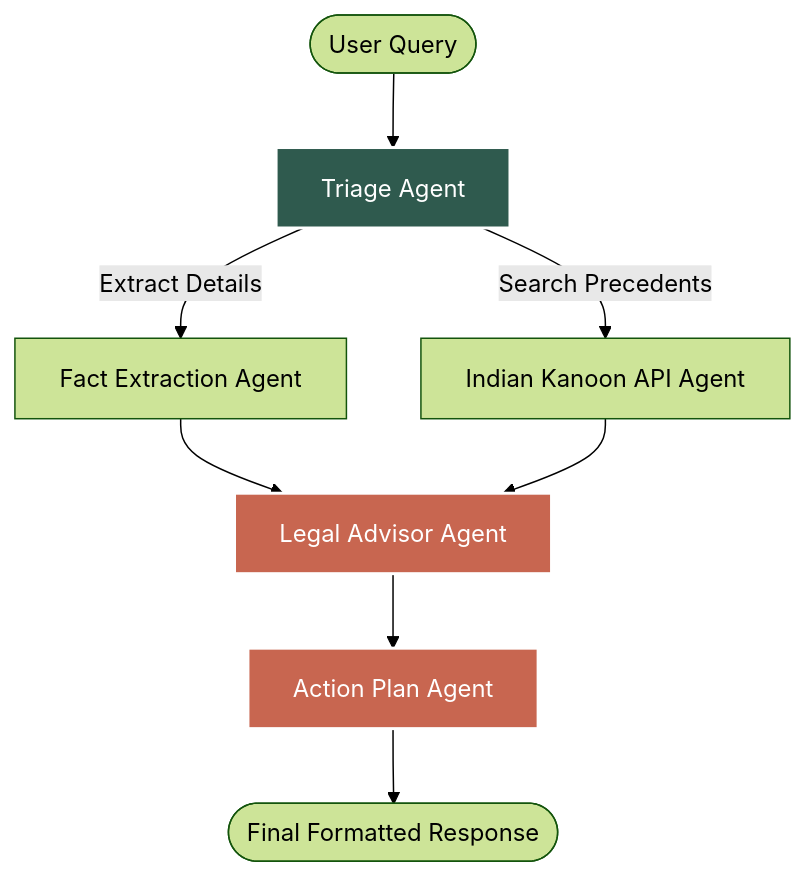
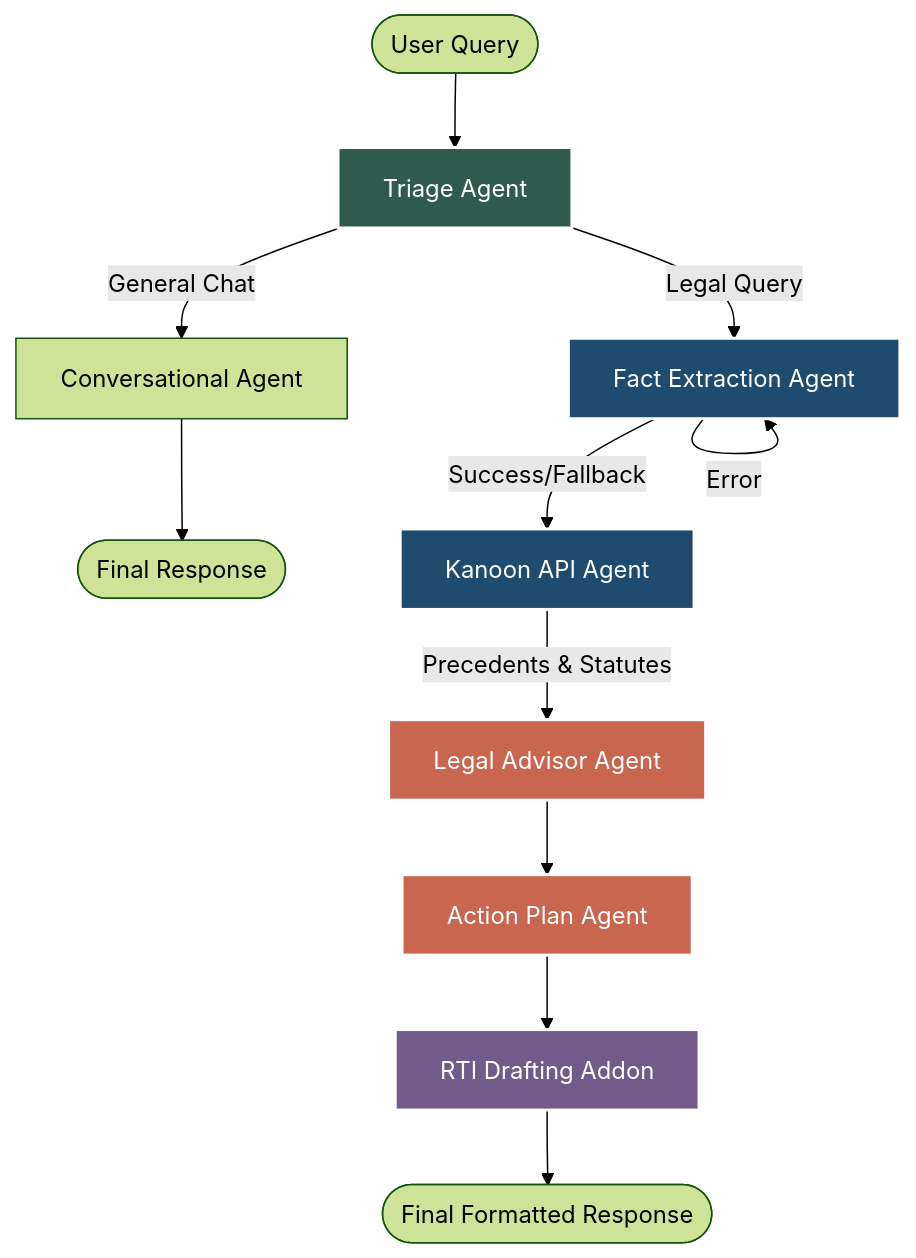
The second of 2 diagrams in README.md (adiscripts03/NYAYA_AI), drawn with Mermaid (forest theme) before and after one commit. The commit also changed other lines of this file and 2 other files, not shown here.

````diff
--- a/README.md
+++ b/README.md
@@ -47,18 +65,25 @@
 ```mermaid
 graph TD
     User([User Query]) --> Triage[Triage Agent]
     
-    Triage -->|Extract Details| FactExtractor[Fact Extraction Agent]
-    Triage -->|Search Precedents| KanoonAPI[Indian Kanoon API Agent]
+    Triage -->|General Chat| Conversational[Conversational Agent]
+    Conversational --> End([Final Response])
     
-    FactExtractor --> LegalAdvisor[Legal Advisor Agent]
-    KanoonAPI --> LegalAdvisor
+    Triage -->|Legal Query| FactExtractor[Fact Extraction Agent]
     
+    FactExtractor -->|Error| FactExtractor
+    FactExtractor -->|Success/Fallback| KanoonAPI[Kanoon API Agent]
+    
+    KanoonAPI -->|Precedents & Statutes| LegalAdvisor[Legal Advisor Agent]
     LegalAdvisor --> ActionPlan[Action Plan Agent]
+    ActionPlan --> RTIAddon[RTI Drafting Addon]
     
-    ActionPlan --> Response([Final Formatted Response])
+    RTIAddon --> FinalResponse([Final Formatted Response])
 
     style Triage fill:#2F5A4E,stroke:#fff,stroke-width:2px,color:#fff
+    style FactExtractor fill:#1F4B6E,stroke:#fff,stroke-width:2px,color:#fff
+    style KanoonAPI fill:#1F4B6E,stroke:#fff,stroke-width:2px,color:#fff
     style LegalAdvisor fill:#C86650,stroke:#fff,stroke-width:2px,color:#fff
     style ActionPlan fill:#C86650,stroke:#fff,stroke-width:2px,color:#fff
+    style RTIAddon fill:#725b8a,stroke:#fff,stroke-width:2px,color:#fff
 ```
````
